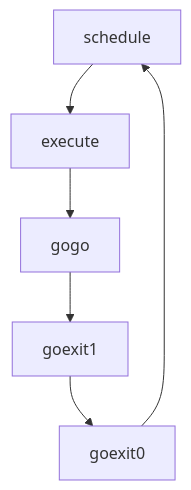
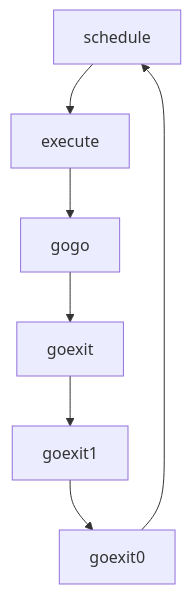
The ninth of 13 diagrams in scheduler.md (cch123/golang-notes), drawn with Mermaid before and after one commit. The commit also changed other lines of this file, not shown here.

Commit message:
增加 goexit 被 push 到 goroutine 栈顶的说明

````diff
--- a/scheduler.md
+++ b/scheduler.md
@@ -1185,8 +1232,9 @@
 ```mermaid
 graph TD
 schedule --> execute
 execute --> gogo
-gogo --> goexit1
+gogo --> goexit
+goexit --> goexit1
 goexit1 --> goexit0
 goexit0 --> schedule
 ```
````
